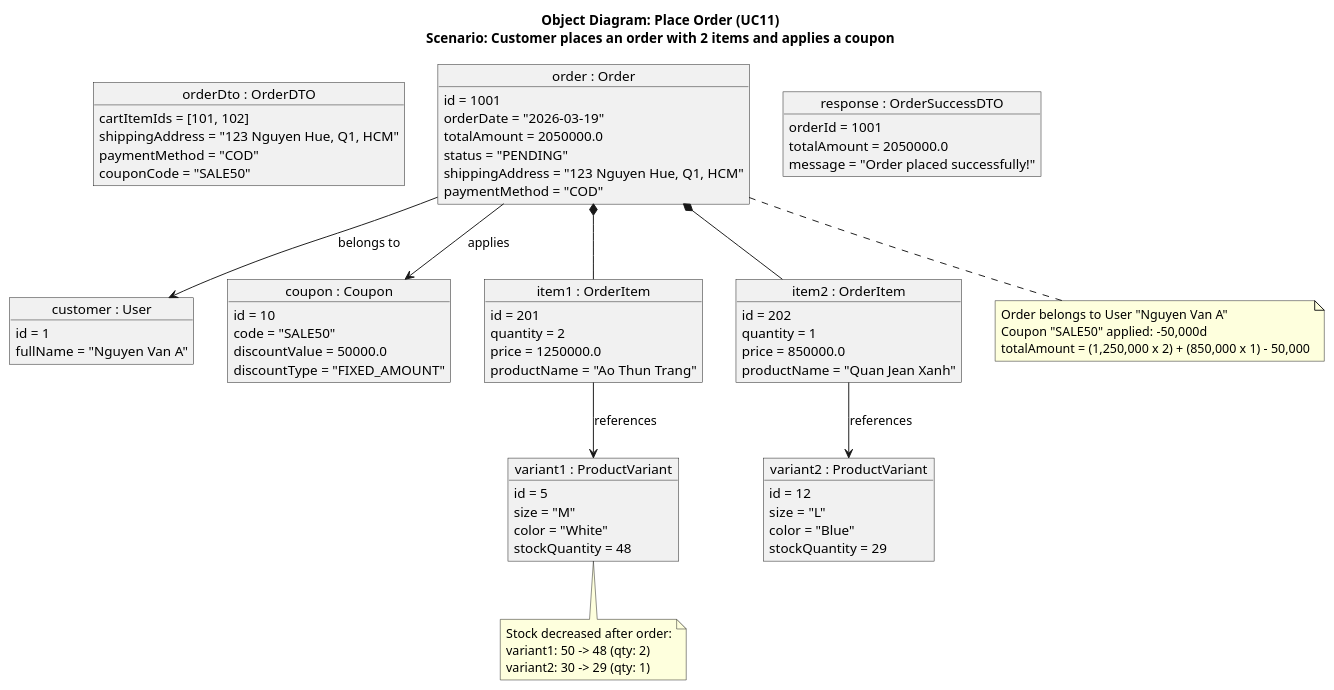
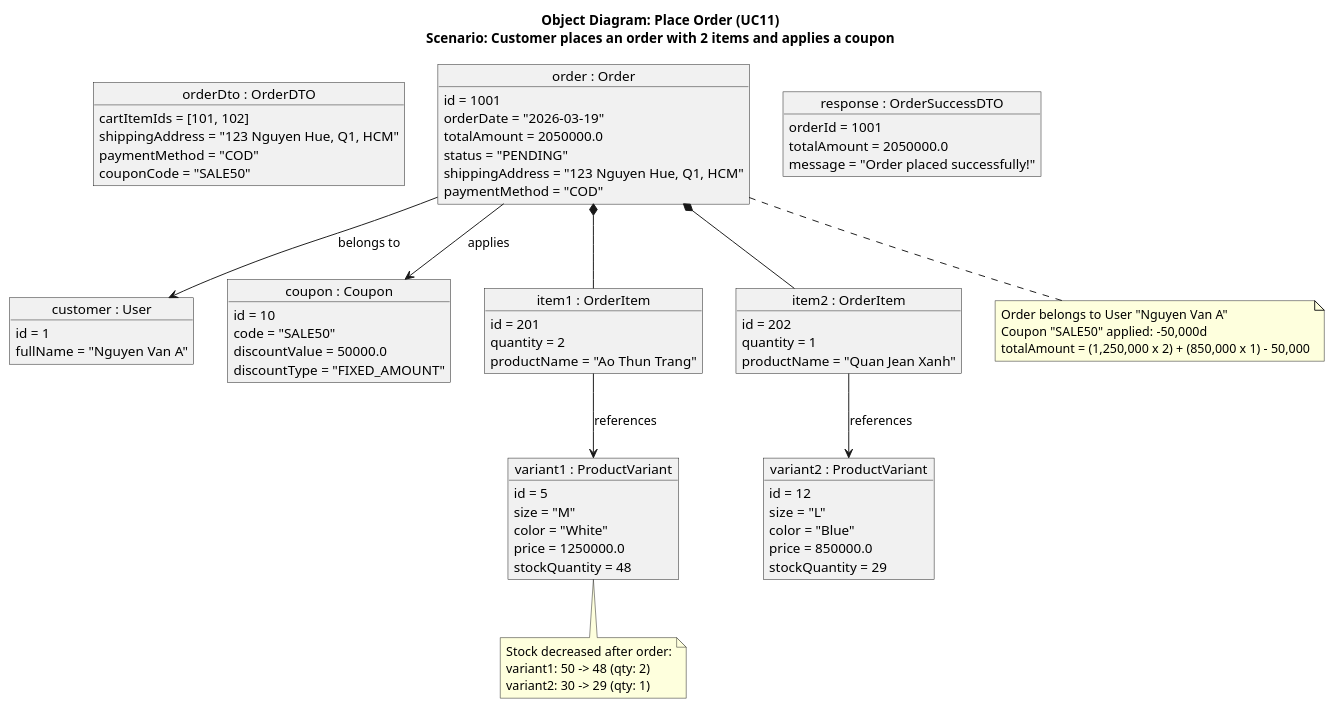
The diagram in src/main/java/org/example/fashionstoresystem/uml/Object/OD11_PlaceOrder.puml (Peterdir/fashion-store-system), drawn with PlantUML before and after one commit. The commit also changed other lines of this file and 66 other files, not shown here.

```diff
--- a/src/main/java/org/example/fashionstoresystem/uml/Object/OD11_PlaceOrder.puml
+++ b/src/main/java/org/example/fashionstoresystem/uml/Object/OD11_PlaceOrder.puml
@@ -1,93 +1,93 @@
 @startuml
 title Object Diagram: Place Order (UC11)\nScenario: Customer places an order with 2 items and applies a coupon
 
 ' DTO - Data sent from checkout form
 object "orderDto : OrderDTO" as dto {
     cartItemIds = [101, 102]
     shippingAddress = "123 Nguyen Hue, Q1, HCM"
     paymentMethod = "COD"
     couponCode = "SALE50"
 }
 
 ' Entity - User
 object "customer : User" as user {
     id = 1
     fullName = "Nguyen Van A"
 }
 
 ' Entity - Coupon applied
 object "coupon : Coupon" as coupon {
     id = 10
     code = "SALE50"
     discountValue = 50000.0
     discountType = "FIXED_AMOUNT"
 }
 
 ' Entity - Order created
 object "order : Order" as order {
     id = 1001
     orderDate = "2026-03-19"
     totalAmount = 2050000.0
     status = "PENDING"
     shippingAddress = "123 Nguyen Hue, Q1, HCM"
     paymentMethod = "COD"
 }
 
 ' Entity - Order Items
 object "item1 : OrderItem" as item1 {
     id = 201
     quantity = 2
-    price = 1250000.0
     productName = "Ao Thun Trang"
 }
 
 object "item2 : OrderItem" as item2 {
     id = 202
     quantity = 1
-    price = 850000.0
     productName = "Quan Jean Xanh"
 }
 
 ' Entity - ProductVariants (stock updated)
 object "variant1 : ProductVariant" as v1 {
     id = 5
     size = "M"
     color = "White"
+    price = 1250000.0
     stockQuantity = 48
 }
 
 object "variant2 : ProductVariant" as v2 {
     id = 12
     size = "L"
     color = "Blue"
+    price = 850000.0
     stockQuantity = 29
 }
 
 ' Response DTO
 object "response : OrderSuccessDTO" as res {
     orderId = 1001
     totalAmount = 2050000.0
     message = "Order placed successfully!"
 }
 
 ' Structural relationships
 order *-- item1
 order *-- item2
 order --> user : belongs to
 order --> coupon : applies
 item1 --> v1 : references
 item2 --> v2 : references
 
 note bottom of order
     Order belongs to User "Nguyen Van A"
     Coupon "SALE50" applied: -50,000d
     totalAmount = (1,250,000 x 2) + (850,000 x 1) - 50,000
 end note
 
 note bottom of v1
     Stock decreased after order:
     variant1: 50 -> 48 (qty: 2)
     variant2: 30 -> 29 (qty: 1)
 end note
 
 @enduml
```
